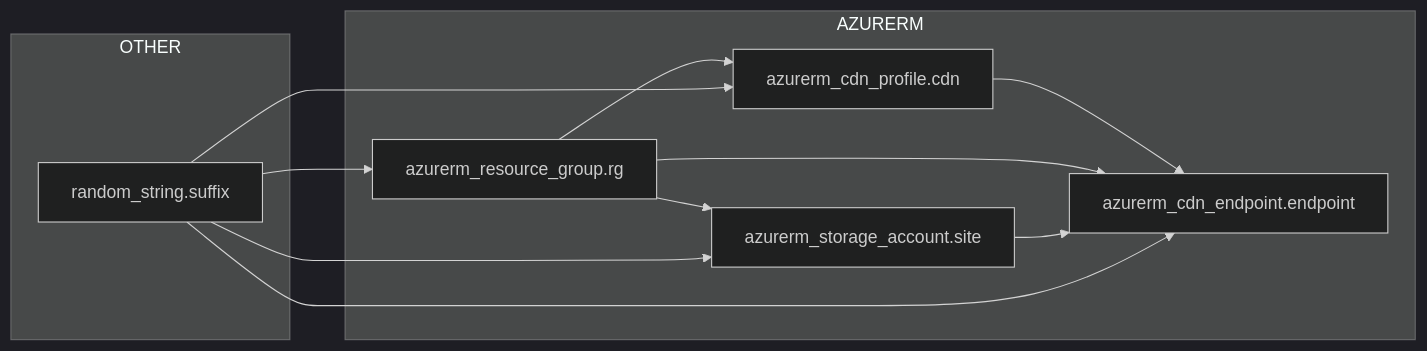
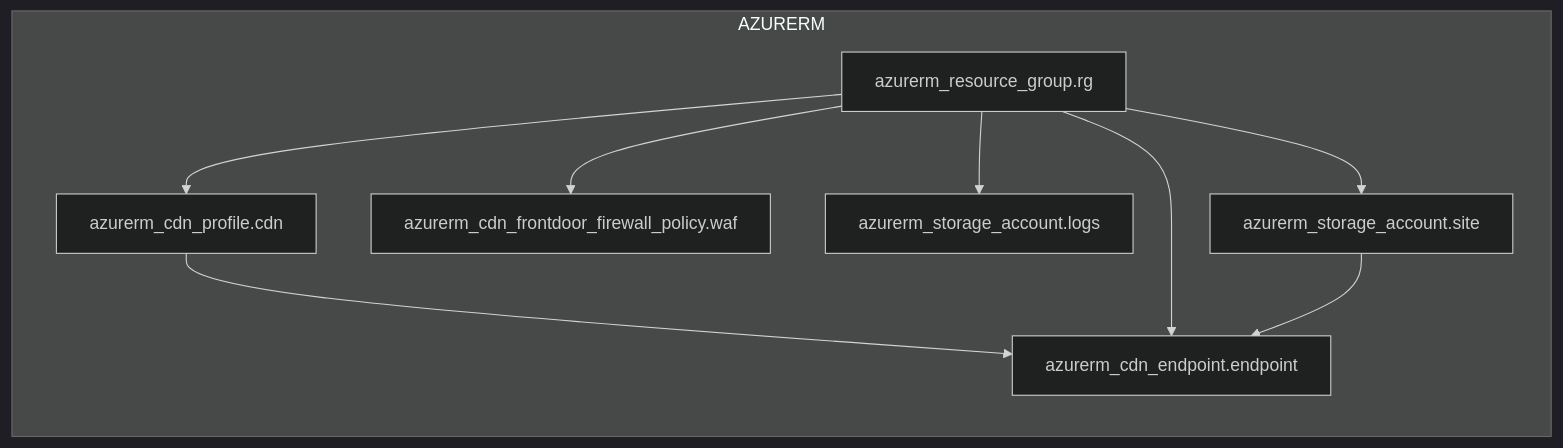
One commit to suryakumaran2611/auto-arch-diagram changed the diagram in examples/serverless-website/azure/terraform/architecture-diagram.md. Above: the diagram before and after it, drawn with Mermaid (dark theme). The commit also changed 243 other files, not shown here.

First line of the commit message:
Simplify MLOps multi-cloud architecture diagrams

````diff
--- a/examples/serverless-website/azure/terraform/architecture-diagram.md
+++ b/examples/serverless-website/azure/terraform/architecture-diagram.md
@@ -7,21 +7,18 @@
 ```mermaid
 flowchart LR
 subgraph AZURERM[AZURERM]
   tf_azurerm_cdn_endpoint_endpoint["azurerm_cdn_endpoint.endpoint"]
+  tf_azurerm_cdn_frontdoor_firewall_policy_waf["azurerm_cdn_frontdoor_firewall_policy.waf"]
   tf_azurerm_cdn_profile_cdn["azurerm_cdn_profile.cdn"]
   tf_azurerm_resource_group_rg["azurerm_resource_group.rg"]
+  tf_azurerm_storage_account_logs["azurerm_storage_account.logs"]
   tf_azurerm_storage_account_site["azurerm_storage_account.site"]
-end
-subgraph OTHER[OTHER]
-  tf_random_string_suffix["random_string.suffix"]
 end
 tf_azurerm_cdn_profile_cdn --> tf_azurerm_cdn_endpoint_endpoint
 tf_azurerm_resource_group_rg --> tf_azurerm_cdn_endpoint_endpoint
+tf_azurerm_resource_group_rg --> tf_azurerm_cdn_frontdoor_firewall_policy_waf
 tf_azurerm_resource_group_rg --> tf_azurerm_cdn_profile_cdn
+tf_azurerm_resource_group_rg --> tf_azurerm_storage_account_logs
 tf_azurerm_resource_group_rg --> tf_azurerm_storage_account_site
 tf_azurerm_storage_account_site --> tf_azurerm_cdn_endpoint_endpoint
-tf_random_string_suffix --> tf_azurerm_cdn_endpoint_endpoint
-tf_random_string_suffix --> tf_azurerm_cdn_profile_cdn
-tf_random_string_suffix --> tf_azurerm_resource_group_rg
-tf_random_string_suffix --> tf_azurerm_storage_account_site
 ```
````
